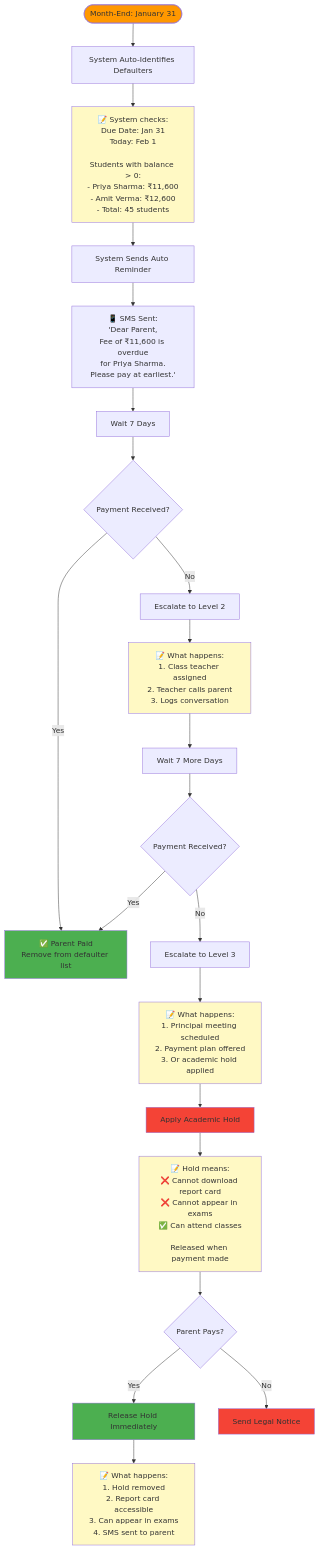
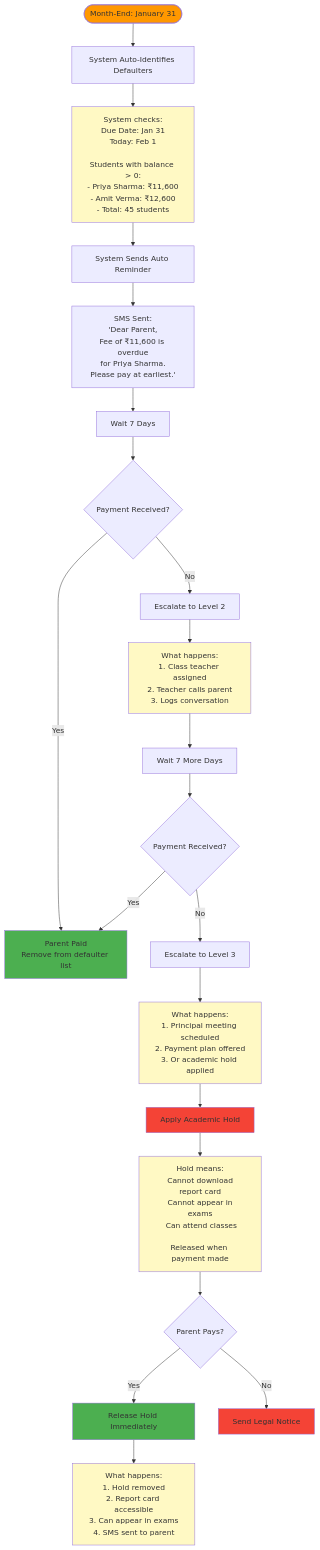
The fourth of 4 diagrams in docs/BEGINNERS_GUIDE.md (Armaan42/fee_management), drawn with Mermaid before and after one commit. The commit also changed other lines of this file, not shown here.

````diff
--- a/docs/BEGINNERS_GUIDE.md
+++ b/docs/BEGINNERS_GUIDE.md
@@ -282,46 +282,46 @@
 ```mermaid
 flowchart TD
     MonthEnd([Month-End: January 31]) --> System[System Auto-Identifies Defaulters]
     
-    System --> Explain1["📝 System checks:<br/>Due Date: Jan 31<br/>Today: Feb 1<br/><br/>Students with balance > 0:<br/>- Priya Sharma: ₹11,600<br/>- Amit Verma: ₹12,600<br/>- Total: 45 students"]
+    System --> Explain1[" System checks:<br/>Due Date: Jan 31<br/>Today: Feb 1<br/><br/>Students with balance > 0:<br/>- Priya Sharma: ₹11,600<br/>- Amit Verma: ₹12,600<br/>- Total: 45 students"]
     
     Explain1 --> AutoReminder[System Sends Auto Reminder]
-    AutoReminder --> SMS["📱 SMS Sent:<br/>'Dear Parent,<br/>Fee of ₹11,600 is overdue<br/>for Priya Sharma.<br/>Please pay at earliest.'"]
+    AutoReminder --> SMS[" SMS Sent:<br/>'Dear Parent,<br/>Fee of ₹11,600 is overdue<br/>for Priya Sharma.<br/>Please pay at earliest.'"]
     
     SMS --> Wait[Wait 7 Days]
     Wait --> Check{Payment Received?}
     
-    Check -->|Yes| Paid["✅ Parent Paid<br/>Remove from defaulter list"]
+    Check -->|Yes| Paid[" Parent Paid<br/>Remove from defaulter list"]
     Check -->|No| Level2[Escalate to Level 2]
     
-    Level2 --> Explain2["📝 What happens:<br/>1. Class teacher assigned<br/>2. Teacher calls parent<br/>3. Logs conversation"]
+    Level2 --> Explain2[" What happens:<br/>1. Class teacher assigned<br/>2. Teacher calls parent<br/>3. Logs conversation"]
     
     Explain2 --> Wait2[Wait 7 More Days]
     Wait2 --> Check2{Payment Received?}
     
     Check2 -->|Yes| Paid
     Check2 -->|No| Level3[Escalate to Level 3]
     
-    Level3 --> Explain3["📝 What happens:<br/>1. Principal meeting scheduled<br/>2. Payment plan offered<br/>3. Or academic hold applied"]
+    Level3 --> Explain3[" What happens:<br/>1. Principal meeting scheduled<br/>2. Payment plan offered<br/>3. Or academic hold applied"]
     
     Explain3 --> Hold[Apply Academic Hold]
-    Hold --> Explain4["📝 Hold means:<br/>❌ Cannot download report card<br/>❌ Cannot appear in exams<br/>✅ Can attend classes<br/><br/>Released when payment made"]
+    Hold --> Explain4[" Hold means:<br/> Cannot download report card<br/> Cannot appear in exams<br/> Can attend classes<br/><br/>Released when payment made"]
     
     Explain4 --> PaymentMade{Parent Pays?}
     
     PaymentMade -->|Yes| ReleaseHold[Release Hold Immediately]
     PaymentMade -->|No| Legal[Send Legal Notice]
     
-    ReleaseHold --> Explain5["📝 What happens:<br/>1. Hold removed<br/>2. Report card accessible<br/>3. Can appear in exams<br/>4. SMS sent to parent"]
+    ReleaseHold --> Explain5[" What happens:<br/>1. Hold removed<br/>2. Report card accessible<br/>3. Can appear in exams<br/>4. SMS sent to parent"]
     
     style MonthEnd fill:#FF9800
     style Paid fill:#4CAF50
     style ReleaseHold fill:#4CAF50
     style Hold fill:#f44336
     style Legal fill:#f44336
     style Explain1 fill:#FFF9C4
     style Explain2 fill:#FFF9C4
     style Explain3 fill:#FFF9C4
     style Explain4 fill:#FFF9C4
     style Explain5 fill:#FFF9C4
 ```
````
